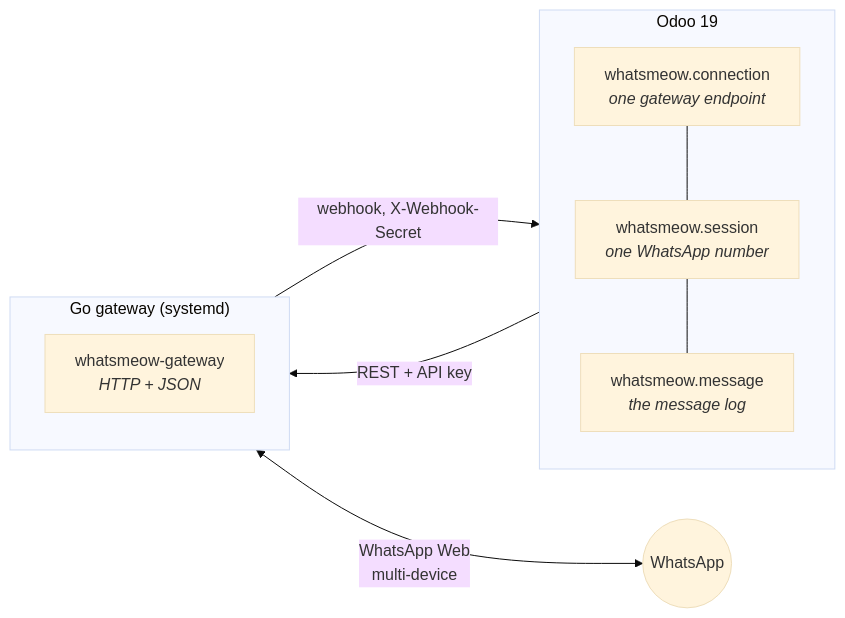
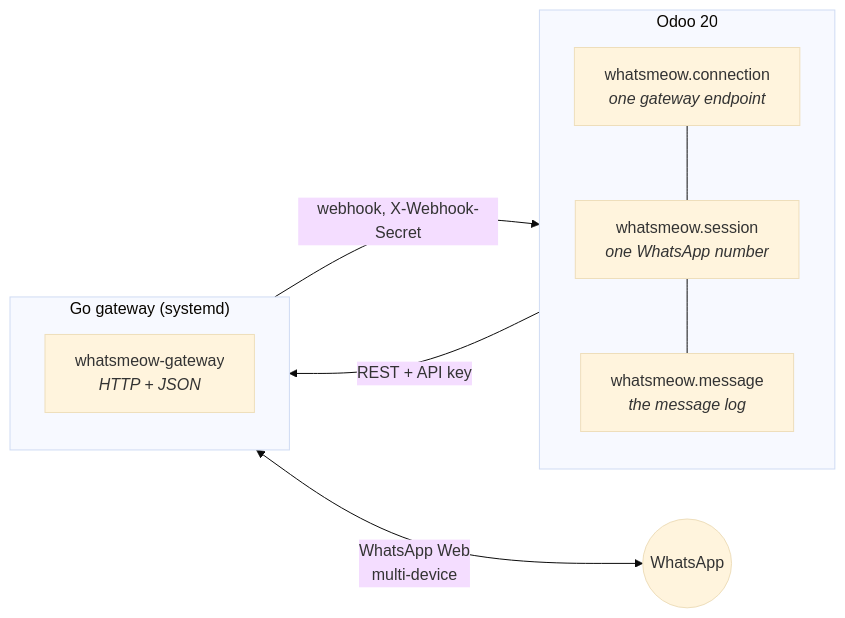
Before and after one commit to fasilwdr/whatsmeow-odoo: the diagram in README.md, drawn with Mermaid (base theme). The commit also changed other lines of this file and 71 other files, not shown here.

````diff
--- a/README.md
+++ b/README.md
@@ -43,15 +43,15 @@
 ```mermaid
 flowchart LR
-    subgraph odoo["Odoo 19"]
+    subgraph odoo["Odoo 20"]
         C["whatsmeow.connection<br/><i>one gateway endpoint</i>"]
         S["whatsmeow.session<br/><i>one WhatsApp number</i>"]
         M["whatsmeow.message<br/><i>the message log</i>"]
         C --- S --- M
     end
     subgraph gw["Go gateway (systemd)"]
         G["whatsmeow-gateway<br/><i>HTTP + JSON</i>"]
     end
     odoo -- "REST + API key" --> gw
     gw -- "webhook, X-Webhook-Secret" --> odoo
     gw <-- "WhatsApp Web<br/>multi-device" --> WA(("WhatsApp"))
 ```
````
